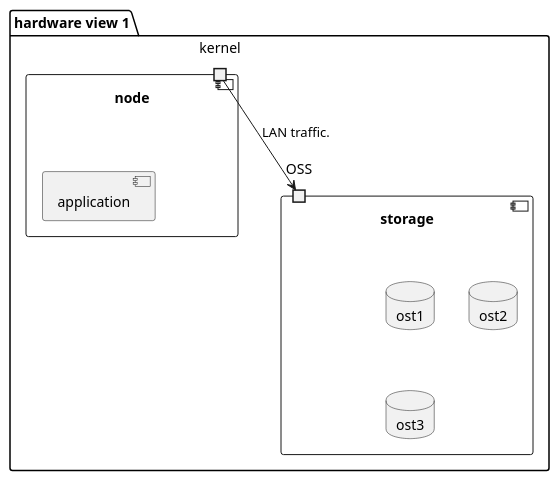
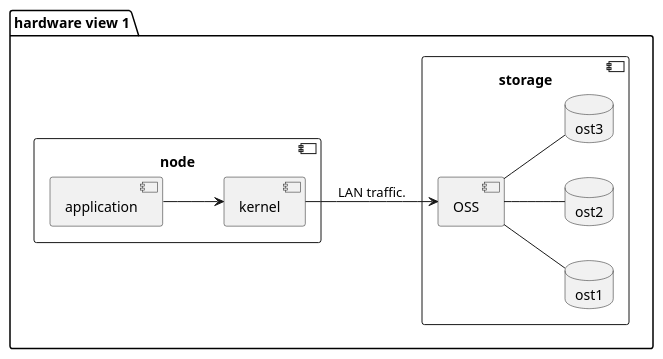
One commit to NCAS-CMS/PyActiveStorage changed the first of 2 diagrams in docs4understanding/active.md. Above: the diagram before and after it, drawn with PlantUML. The commit also changed other lines of this file, not shown here.

````diff
--- a/docs4understanding/active.md
+++ b/docs4understanding/active.md
@@ -10,18 +10,23 @@
 ```plantuml
 package "hardware view 1" {
-
+  left to right direction
     component storage {
         database ost1
         database ost2  
         database ost3 
-        port OSS
+        component OSS
+        OSS -- ost1
+        OSS -- ost2
+        OSS -- ost3
     }
     
     component node {
         component application 
-        port kernel
+        component kernel
+        application --> kernel
     }
+    
     kernel --> OSS: LAN traffic.
     
 }
 ```
````
